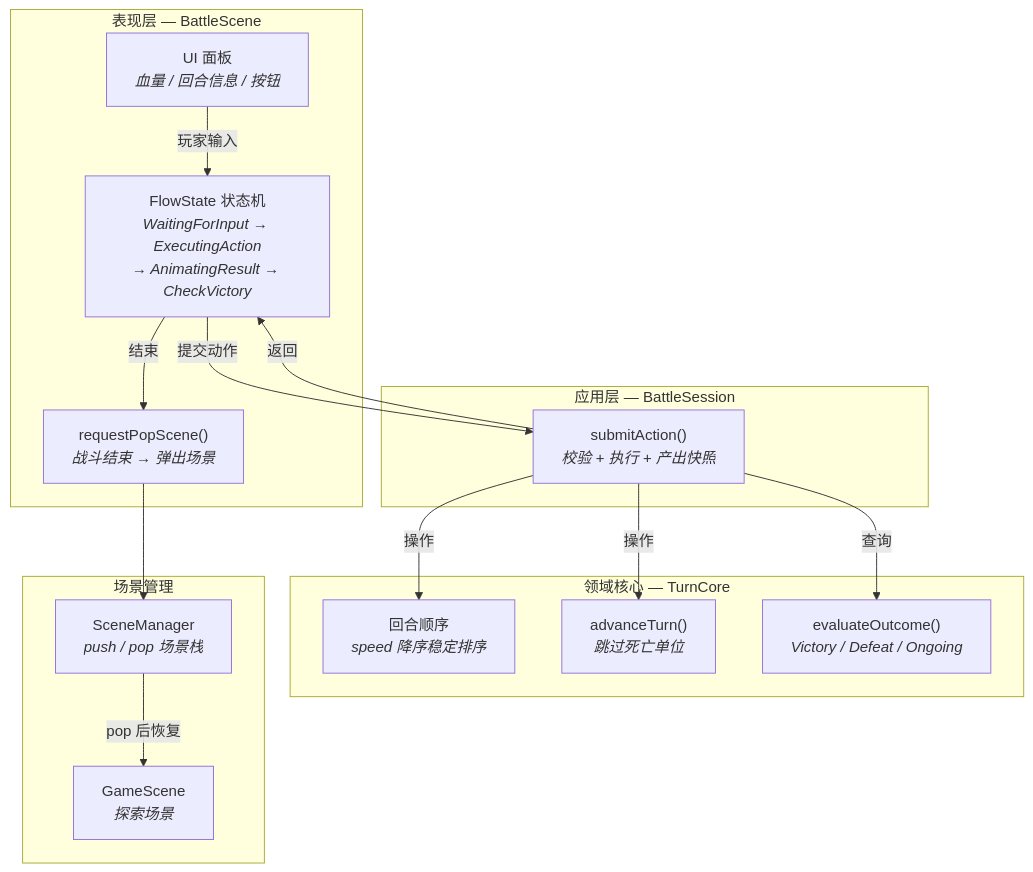
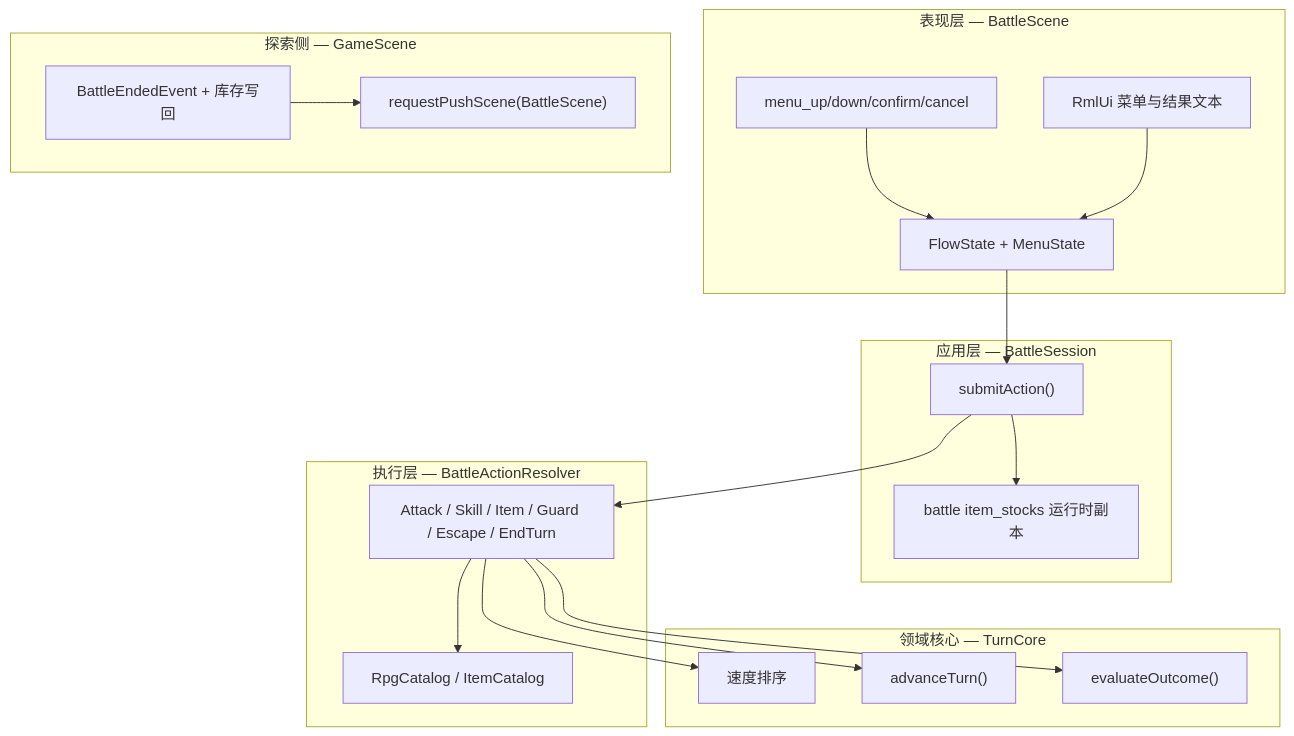
One commit to WispSnow/TinyFarmRPG changed the first of 6 diagrams in docs/gameplay/turn-based-battle.md. Above: the diagram before and after it, drawn with Mermaid. The commit also changed other lines of this file, not shown here.

Commit message:
Refactor turn-based battle documentation for clarity and structure

````diff
--- a/docs/gameplay/turn-based-battle.md
+++ b/docs/gameplay/turn-based-battle.md
@@ -14,33 +22,40 @@
 ```mermaid
 graph TD
     subgraph "表现层 — BattleScene"
-        UI["UI 面板<br/><i>血量 / 回合信息 / 按钮</i>"]
-        FSM["FlowState 状态机<br/><i>WaitingForInput → ExecutingAction<br/>→ AnimatingResult → CheckVictory</i>"]
-        POP["requestPopScene()<br/><i>战斗结束 → 弹出场景</i>"]
+        UI["RmlUi 菜单与结果文本"]
+        FSM["FlowState + MenuState"]
+        INPUT["menu_up/down/confirm/cancel"]
     end
 
     subgraph "应用层 — BattleSession"
-        SUB["submitAction()<br/><i>校验 + 执行 + 产出快照</i>"]
+        SESSION["submitAction()"]
+        STOCKS["battle item_stocks 运行时副本"]
+    end
+
+    subgraph "执行层 — BattleActionResolver"
+        RESOLVE["Attack / Skill / Item / Guard / Escape / EndTurn"]
+        CATALOG["RpgCatalog / ItemCatalog"]
     end
 
     subgraph "领域核心 — TurnCore"
-        ORDER["回合顺序<br/><i>speed 降序稳定排序</i>"]
-        ADV["advanceTurn()<br/><i>跳过死亡单位</i>"]
-        JUDGE["evaluateOutcome()<br/><i>Victory / Defeat / Ongoing</i>"]
+        ORDER["速度排序"]
+        ADV["advanceTurn()"]
+        OUTCOME["evaluateOutcome()"]
     end
 
-    subgraph "场景管理"
-        SM["SceneManager<br/><i>push / pop 场景栈</i>"]
-        GS["GameScene<br/><i>探索场景</i>"]
+    subgraph "探索侧 — GameScene"
+        PUSH["requestPushScene(BattleScene)"]
+        WRITEBACK["BattleEndedEvent + 库存写回"]
     end
 
-    UI -->|玩家输入| FSM
-    FSM -->|提交动作| SUB
-    SUB -->|操作| ORDER
-    SUB -->|操作| ADV
-    SUB -->|查询| JUDGE
-    SUB -->|返回| FSM
-    FSM -->|结束| POP
-    POP --> SM
-    SM -->|pop 后恢复| GS
+    INPUT --> FSM
+    UI --> FSM
+    FSM --> SESSION
+    SESSION --> STOCKS
+    SESSION --> RESOLVE
+    RESOLVE --> CATALOG
+    RESOLVE --> ORDER
+    RESOLVE --> ADV
+    RESOLVE --> OUTCOME
+    WRITEBACK --> PUSH
 ```
````
